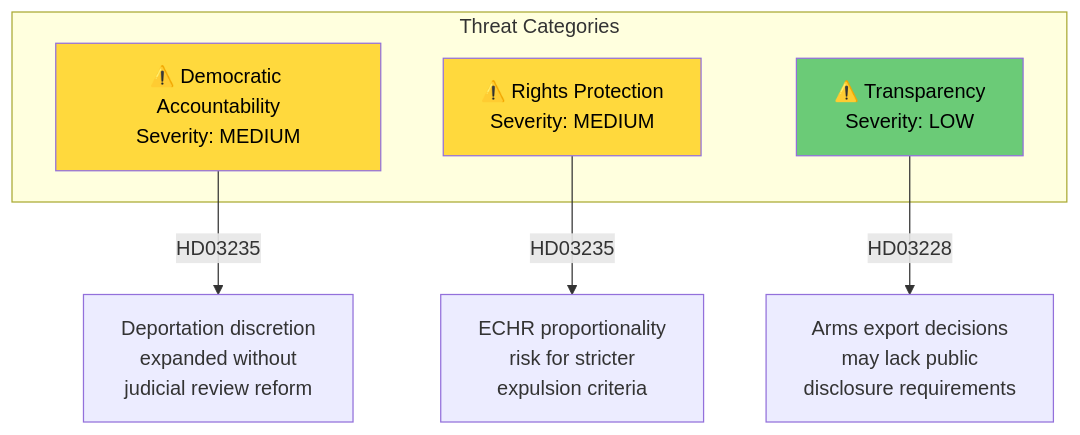
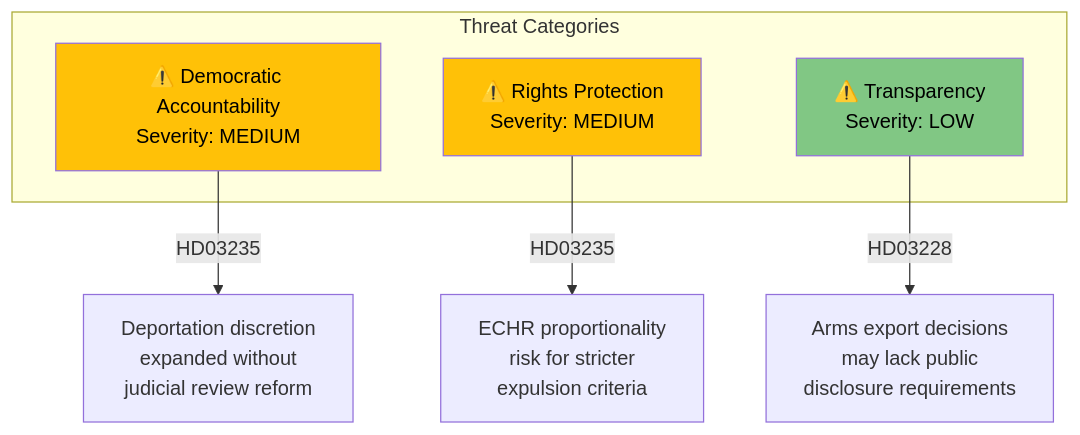
Before and after one commit to Hack23/riksdagsmonitor: the diagram in analysis/daily/2026-04-06/propositions/threat-analysis.md, drawn with Mermaid. The commit also changed 785 other files, not shown here.

First line of the commit message:
Normalize mermaid colors across 786 analysis artifacts to ISMS Style Guide palette

````diff
--- a/analysis/daily/2026-04-06/propositions/threat-analysis.md
+++ b/analysis/daily/2026-04-06/propositions/threat-analysis.md
@@ -12,14 +12,14 @@
 ```mermaid
 graph TD
     subgraph "Threat Categories"
         T1["⚠️ Democratic Accountability<br/>Severity: MEDIUM"]
         T2["⚠️ Rights Protection<br/>Severity: MEDIUM"]
         T3["⚠️ Transparency<br/>Severity: LOW"]
     end
     T1 -->|"HD03235"| D1["Deportation discretion<br/>expanded without<br/>judicial review reform"]
     T2 -->|"HD03235"| D2["ECHR proportionality<br/>risk for stricter<br/>expulsion criteria"]
     T3 -->|"HD03228"| D3["Arms export decisions<br/>may lack public<br/>disclosure requirements"]
-    style T1 fill:#ffd93d,color:#000
-    style T2 fill:#ffd93d,color:#000
-    style T3 fill:#6bcb77,color:#000
+    style T1 fill:#FFC107,color:#000000
+    style T2 fill:#FFC107,color:#000000
+    style T3 fill:#81C784,color:#000000
 ```
````
